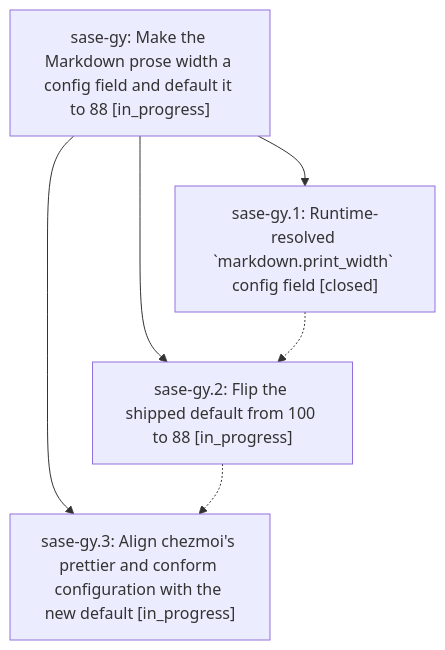
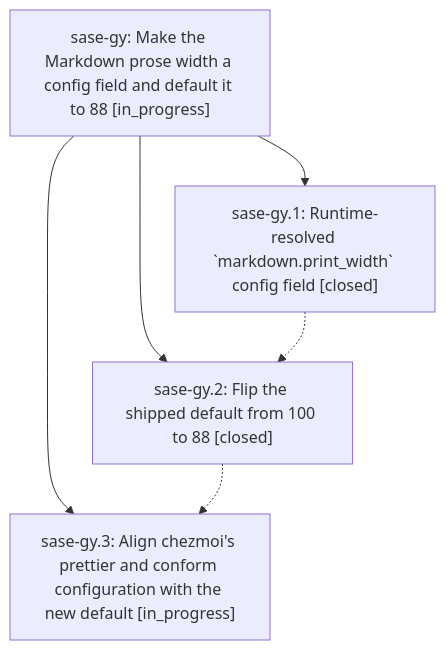
One commit to sase-org/sase--beads changed the diagram in pages/sase-gy/README.md. Above: the diagram before and after it, drawn with Mermaid. The commit also changed other lines of this file and 3 other files, not shown here.

````diff
--- a/pages/sase-gy/README.md
+++ b/pages/sase-gy/README.md
@@ -24,12 +24,12 @@
 ```mermaid
 flowchart TD
     n0["sase-gy: Make the Markdown prose width a config field and default it to 88 [in_progress]"]
     n1["sase-gy.1: Runtime-resolved `markdown.print_width` config field [closed]"]
-    n2["sase-gy.2: Flip the shipped default from 100 to 88 [in_progress]"]
+    n2["sase-gy.2: Flip the shipped default from 100 to 88 [closed]"]
     n3["sase-gy.3: Align chezmoi's prettier and conform configuration with the new default [in_progress]"]
     n0 --> n1
     n0 --> n2
     n0 --> n3
     n1 -.-> n2
     n2 -.-> n3
 ```
````
